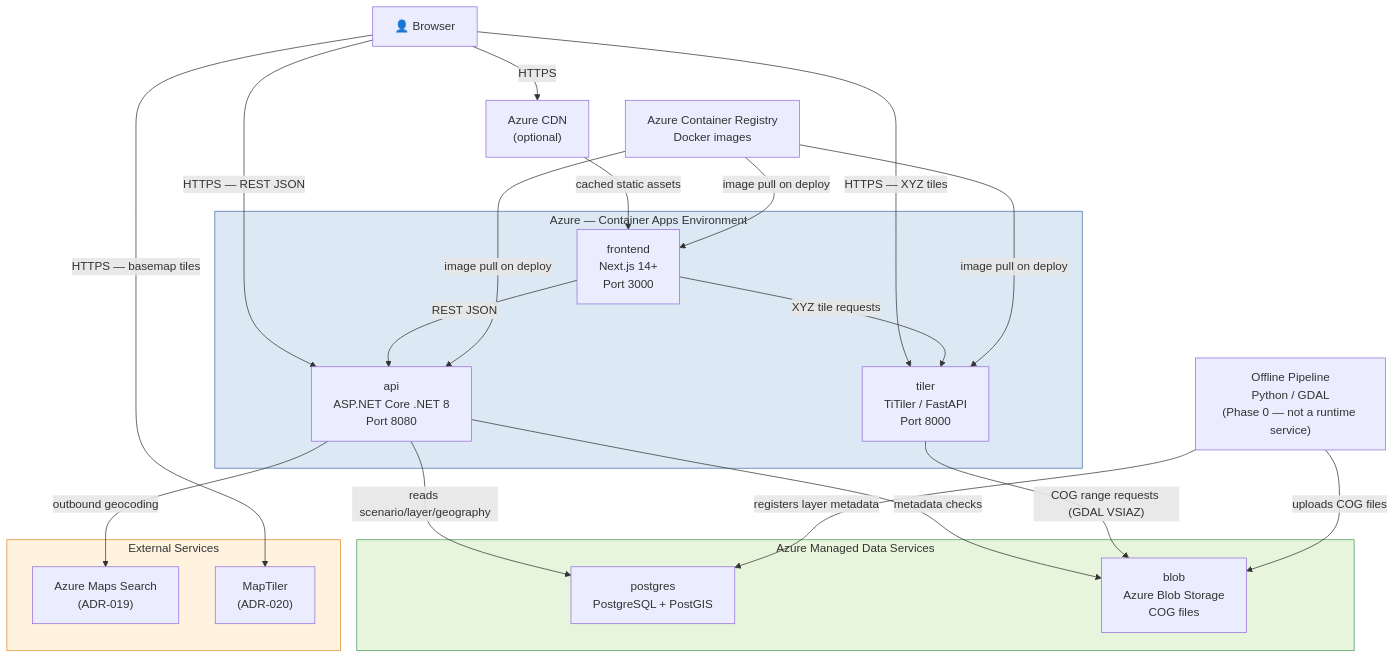
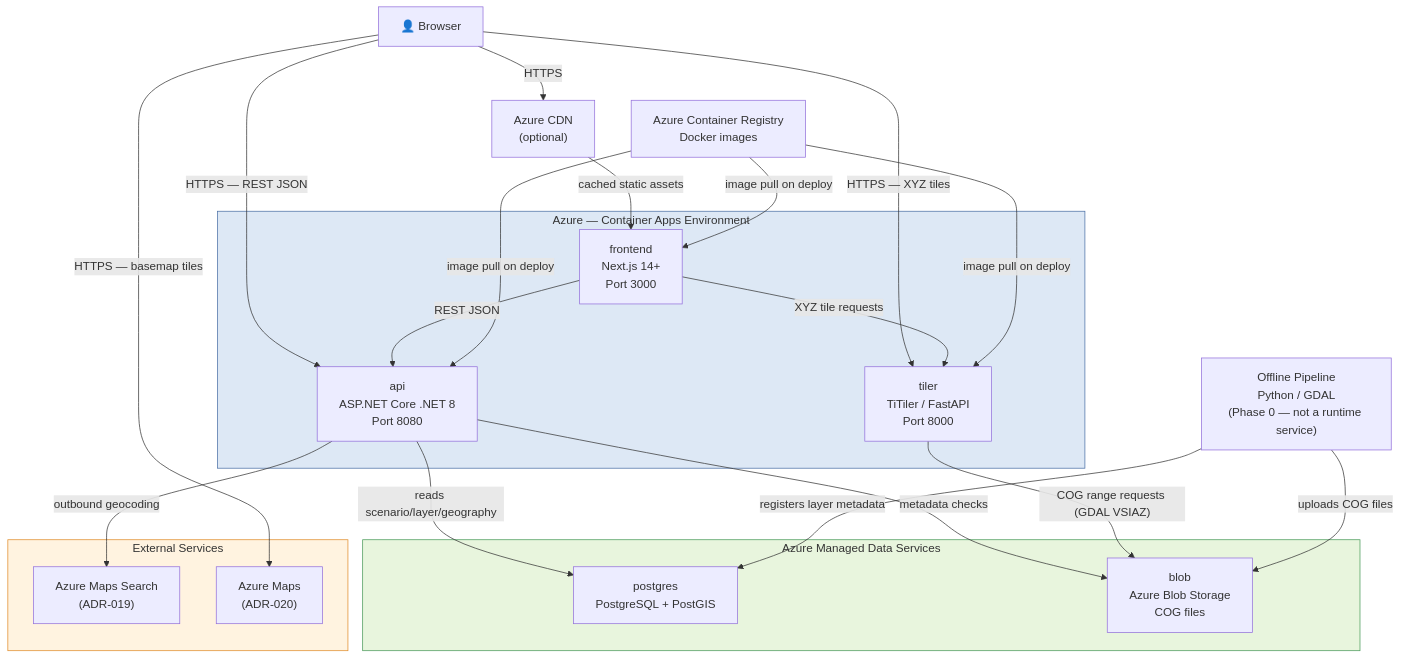
Before and after one commit to artemsemdev/SeaRise-Europe: the diagram in docs/architecture/02-container-view.md, drawn with Mermaid. The commit also changed other lines of this file and 10 other files, not shown here.

Commit message:
docs (architecture) Azure Maps instead MapTiler

````diff
--- a/docs/architecture/02-container-view.md
+++ b/docs/architecture/02-container-view.md
@@ -33,45 +33,45 @@
 ```mermaid
 graph TD
     User["👤 Browser"]
 
     subgraph Azure["Azure — Container Apps Environment"]
         FE["frontend\nNext.js 14+\nPort 3000"]
         API["api\nASP.NET Core .NET 8\nPort 8080"]
         Tiler["tiler\nTiTiler / FastAPI\nPort 8000"]
     end
 
     subgraph DataServices["Azure Managed Data Services"]
         PG["postgres\nPostgreSQL + PostGIS"]
         Blob["blob\nAzure Blob Storage\nCOG files"]
     end
 
     subgraph External["External Services"]
         Geocoder["Azure Maps Search\n(ADR-019)"]
-        Basemap["MapTiler\n(ADR-020)"]
+        Basemap["Azure Maps\n(ADR-020)"]
     end
 
     CDN["Azure CDN\n(optional)"]
     Registry["Azure Container Registry\nDocker images"]
     Pipeline["Offline Pipeline\nPython / GDAL\n(Phase 0 — not a runtime service)"]
 
     User -->|"HTTPS"| CDN
     CDN -->|"cached static assets"| FE
     User -->|"HTTPS — REST JSON"| API
     User -->|"HTTPS — XYZ tiles"| Tiler
     User -->|"HTTPS — basemap tiles"| Basemap
     FE -->|"REST JSON"| API
     FE -->|"XYZ tile requests"| Tiler
     API -->|"outbound geocoding"| Geocoder
     API -->|"reads scenario/layer/geography"| PG
     API -->|"metadata checks"| Blob
     Tiler -->|"COG range requests (GDAL VSIAZ)"| Blob
     Registry -->|"image pull on deploy"| FE
     Registry -->|"image pull on deploy"| API
     Registry -->|"image pull on deploy"| Tiler
     Pipeline -->|"uploads COG files"| Blob
     Pipeline -->|"registers layer metadata"| PG
 
     style Azure fill:#dde8f5,stroke:#4a6fa5
     style DataServices fill:#e8f5dd,stroke:#4a9a5a
     style External fill:#fff3e0,stroke:#e08c2a
 ```
````
